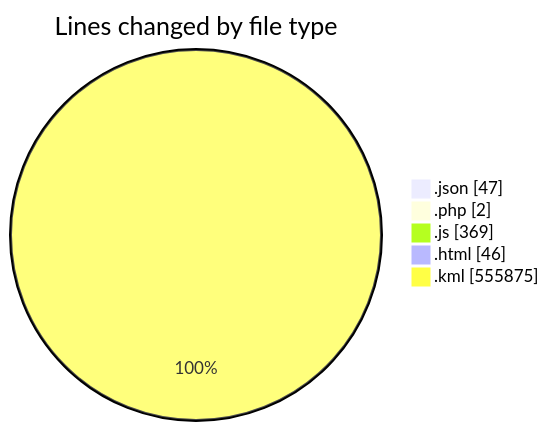
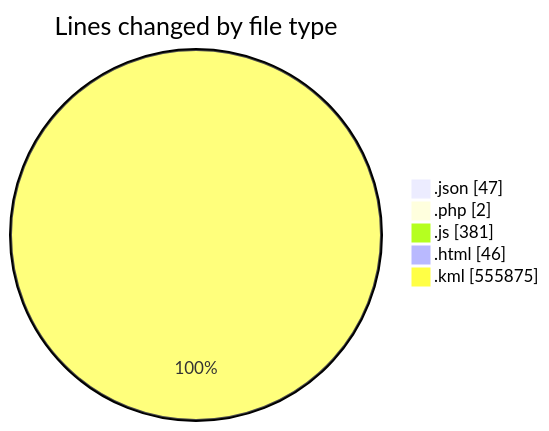
One commit to LanceThiago/code-tracking changed the first of 2 diagrams in 2025-03-27/kml/README.md. Above: the diagram before and after it, drawn with Mermaid. The commit also changed other lines of this file and 1 other file, not shown here.

````diff
--- a/2025-03-27/kml/README.md
+++ b/2025-03-27/kml/README.md
@@ -28,9 +28,9 @@
 ```mermaid
 pie showData
 title Lines changed by file type
 ".json" : 47
 ".php" : 2
-".js" : 369
+".js" : 381
 ".html" : 46
 ".kml" : 555875
 ```
````
